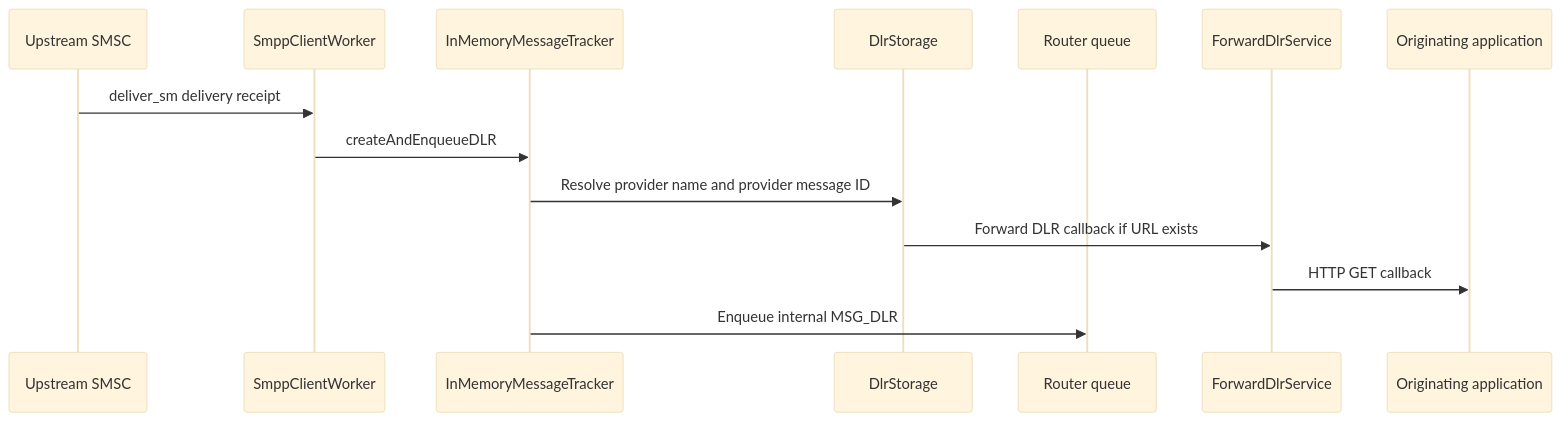
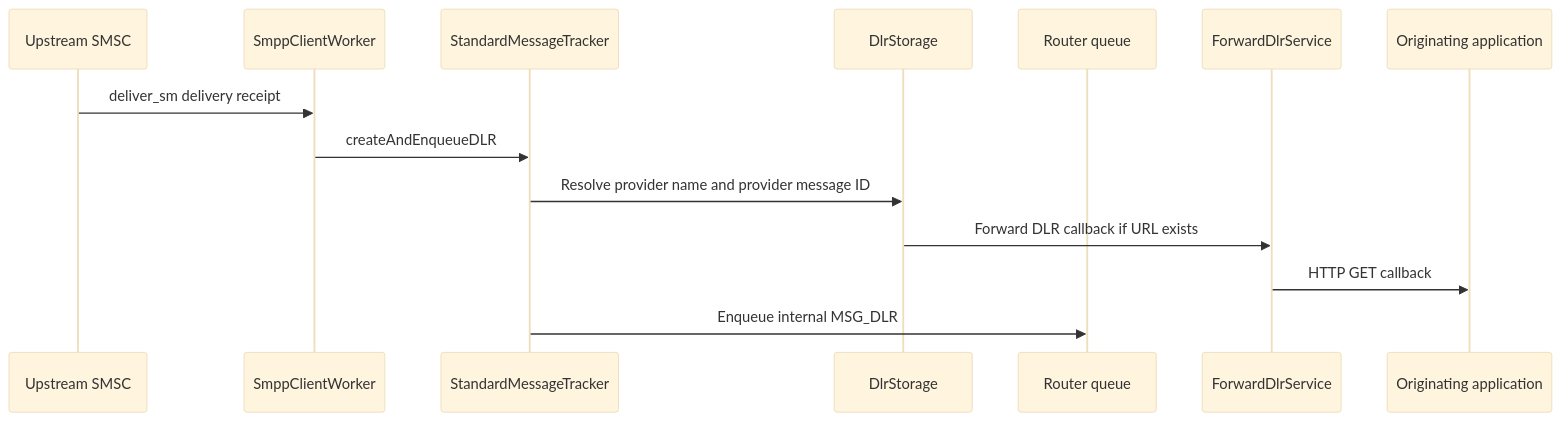
Before and after one commit to cytechmobile/sendium: the fifth of 6 diagrams in docs/01-architecture.md, drawn with Mermaid (base theme). The commit also changed 5 other files, not shown here.

Commit message:
refactor(core): rename standard message adapters

````diff
--- a/docs/01-architecture.md
+++ b/docs/01-architecture.md
@@ -156,17 +156,17 @@
 ```mermaid
 sequenceDiagram
     participant SMSC as Upstream SMSC
     participant Worker as SmppClientWorker
-    participant Tracker as InMemoryMessageTracker
+    participant Tracker as StandardMessageTracker
     participant Store as DlrStorage
     participant Router as Router queue
     participant DLRHook as ForwardDlrService
     participant App as Originating application
 
     SMSC->>Worker: deliver_sm delivery receipt
     Worker->>Tracker: createAndEnqueueDLR
     Tracker->>Store: Resolve provider name and provider message ID
     Store->>DLRHook: Forward DLR callback if URL exists
     DLRHook->>App: HTTP GET callback
     Tracker->>Router: Enqueue internal MSG_DLR
 ```
````
